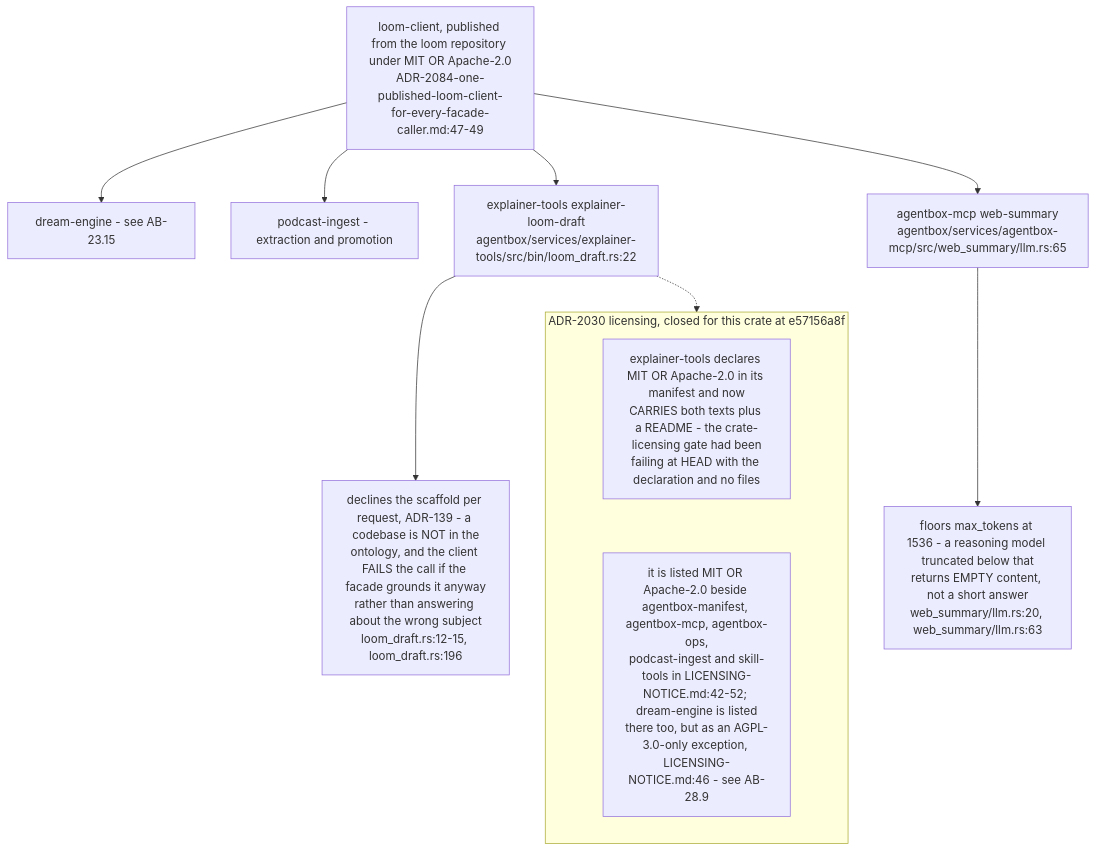
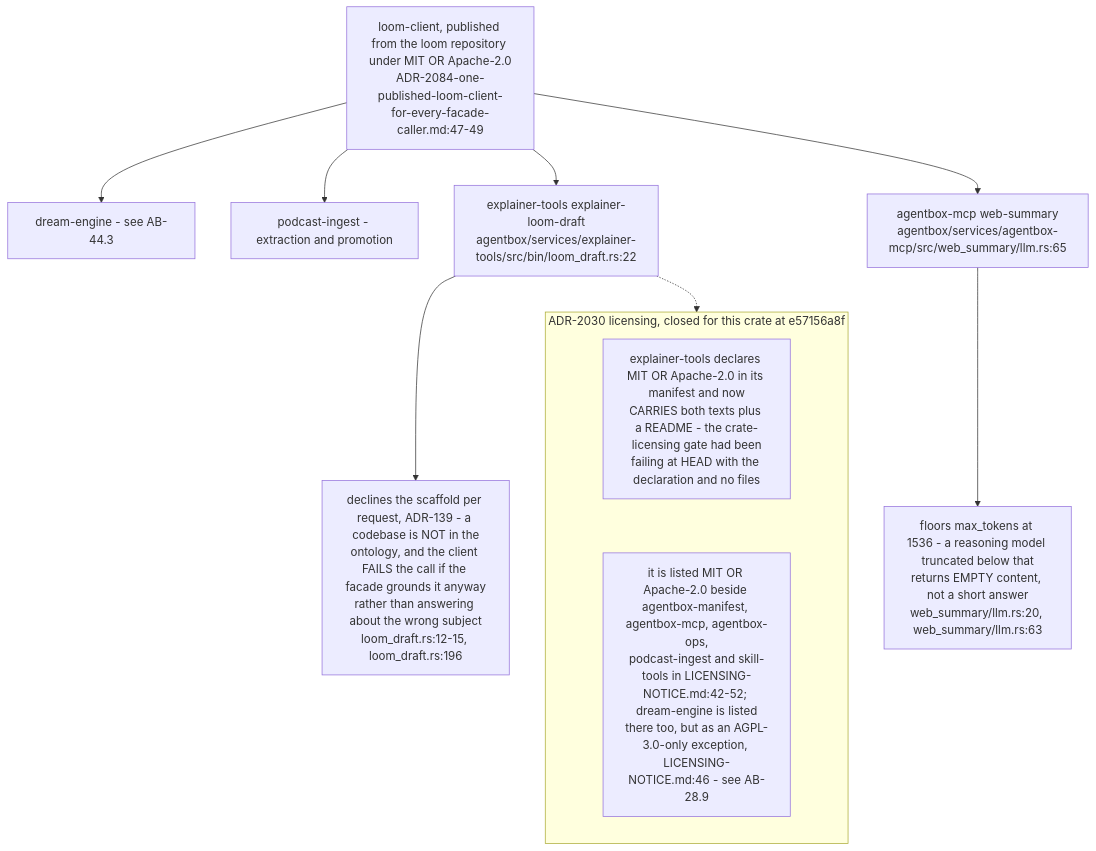
One commit to DreamLab-AI/VisionFlow changed the tenth of 10 diagrams in docs/diagrams/agentbox/28-agentbox-services-and-manifest-binary.md. Above: the diagram before and after it, drawn with Mermaid. The commit also changed 6 other files, not shown here.

First line of the commit message:
docs(diagrams): split AB-23 dream engine; AB-23.13-24 move to AB-44

````diff
--- a/docs/diagrams/agentbox/28-agentbox-services-and-manifest-binary.md
+++ b/docs/diagrams/agentbox/28-agentbox-services-and-manifest-binary.md
@@ -479,17 +479,17 @@
 ```mermaid
 flowchart TB
     CRATE["loom-client, published from the loom repository under MIT OR Apache-2.0<br/>ADR-2084-one-published-loom-client-for-every-facade-caller.md:47-49"]
-    CRATE --> A["dream-engine - see AB-23.15"]
+    CRATE --> A["dream-engine - see AB-44.3"]
     CRATE --> B["podcast-ingest - extraction and promotion"]
     CRATE --> C["explainer-tools explainer-loom-draft<br/>agentbox/services/explainer-tools/src/bin/loom_draft.rs:22"]
     CRATE --> D["agentbox-mcp web-summary<br/>agentbox/services/agentbox-mcp/src/web_summary/llm.rs:65"]
     C --> C1["declines the scaffold per request, ADR-139 - a codebase is NOT in the<br/>ontology, and the client FAILS the call if the facade grounds it anyway<br/>rather than answering about the wrong subject<br/>loom_draft.rs:12-15, loom_draft.rs:196"]
     D --> D1["floors max_tokens at 1536 - a reasoning model truncated below that<br/>returns EMPTY content, not a short answer<br/>web_summary/llm.rs:20, web_summary/llm.rs:63"]
     subgraph lic["ADR-2030 licensing, closed for this crate at e57156a8f"]
         direction TB
         L1["explainer-tools declares MIT OR Apache-2.0 in its manifest and now<br/>CARRIES both texts plus a README - the crate-licensing gate had been<br/>failing at HEAD with the declaration and no files"]
         L2["it is listed MIT OR Apache-2.0 beside agentbox-manifest, agentbox-mcp, agentbox-ops,<br/>podcast-ingest and skill-tools in LICENSING-NOTICE.md:42-52; dream-engine is listed<br/>there too, but as an AGPL-3.0-only exception, LICENSING-NOTICE.md:46 - see AB-28.9"]
         L1 ~~~ L2
     end
     C -.-> lic
 ```
````
